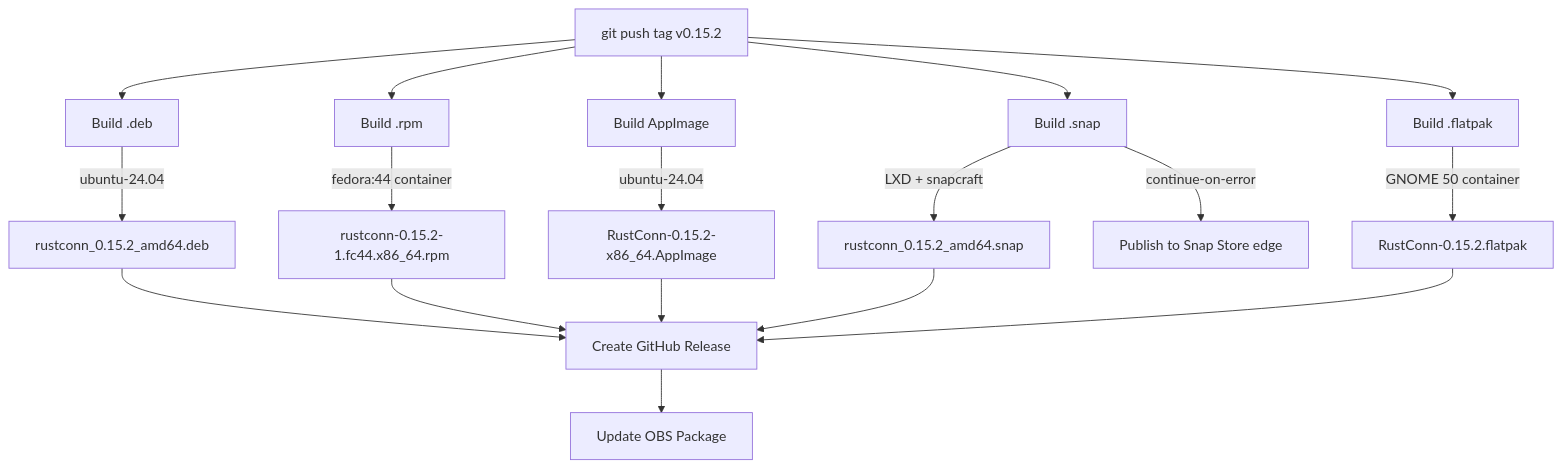
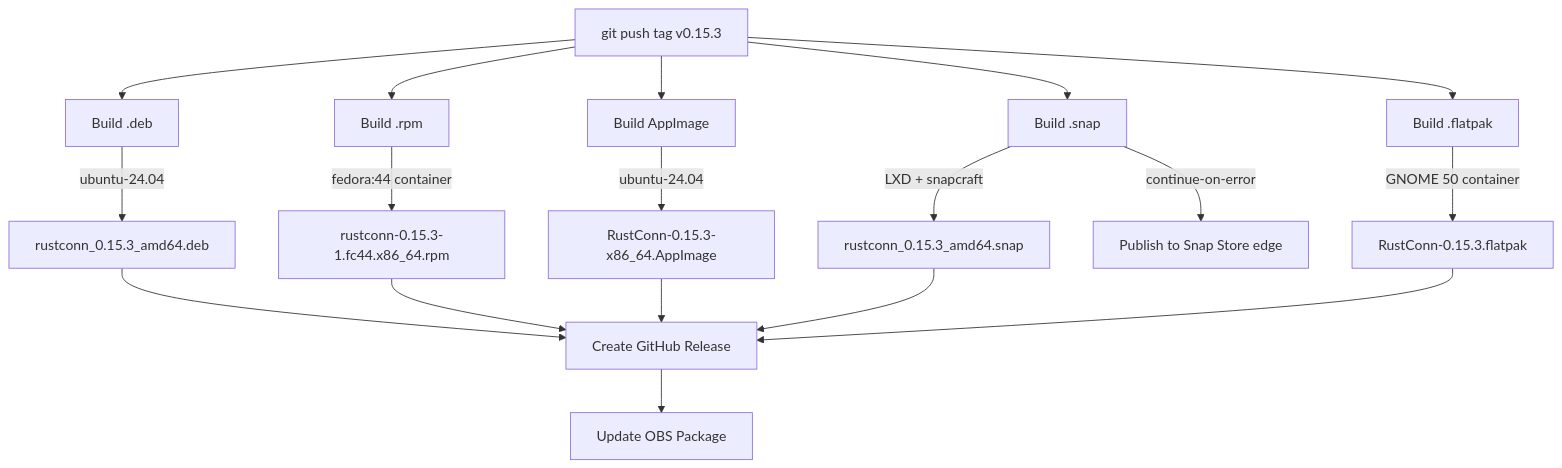
Before and after one commit to GaaChun/RustConn: the third of 6 diagrams in docs/CI_BUILD_FLOW.md, drawn with Mermaid. The commit also changed other lines of this file and 55 other files, not shown here.

````diff
--- a/docs/CI_BUILD_FLOW.md
+++ b/docs/CI_BUILD_FLOW.md
@@ -56,24 +56,24 @@
 ```mermaid
 graph TD
-    Tag[git push tag v0.15.2] --> BuildDeb[Build .deb]
+    Tag[git push tag v0.15.3] --> BuildDeb[Build .deb]
     Tag --> BuildRPM[Build .rpm]
     Tag --> BuildAppImage[Build AppImage]
     Tag --> BuildSnap[Build .snap]
     Tag --> BuildFlatpak[Build .flatpak]
 
-    BuildDeb --> |ubuntu-24.04| DebArtifact[rustconn_0.15.2_amd64.deb]
-    BuildRPM --> |fedora:44 container| RPMArtifact[rustconn-0.15.2-1.fc44.x86_64.rpm]
-    BuildAppImage --> |ubuntu-24.04| AppImageArtifact[RustConn-0.15.2-x86_64.AppImage]
-    BuildSnap --> |LXD + snapcraft| SnapArtifact[rustconn_0.15.2_amd64.snap]
-    BuildFlatpak --> |GNOME 50 container| FlatpakArtifact[RustConn-0.15.2.flatpak]
+    BuildDeb --> |ubuntu-24.04| DebArtifact[rustconn_0.15.3_amd64.deb]
+    BuildRPM --> |fedora:44 container| RPMArtifact[rustconn-0.15.3-1.fc44.x86_64.rpm]
+    BuildAppImage --> |ubuntu-24.04| AppImageArtifact[RustConn-0.15.3-x86_64.AppImage]
+    BuildSnap --> |LXD + snapcraft| SnapArtifact[rustconn_0.15.3_amd64.snap]
+    BuildFlatpak --> |GNOME 50 container| FlatpakArtifact[RustConn-0.15.3.flatpak]
 
     BuildSnap --> |continue-on-error| SnapStore[Publish to Snap Store edge]
 
     DebArtifact --> Release[Create GitHub Release]
     RPMArtifact --> Release
     AppImageArtifact --> Release
     SnapArtifact --> Release
     FlatpakArtifact --> Release
 
     Release --> UpdateOBS[Update OBS Package]
 ```
````
